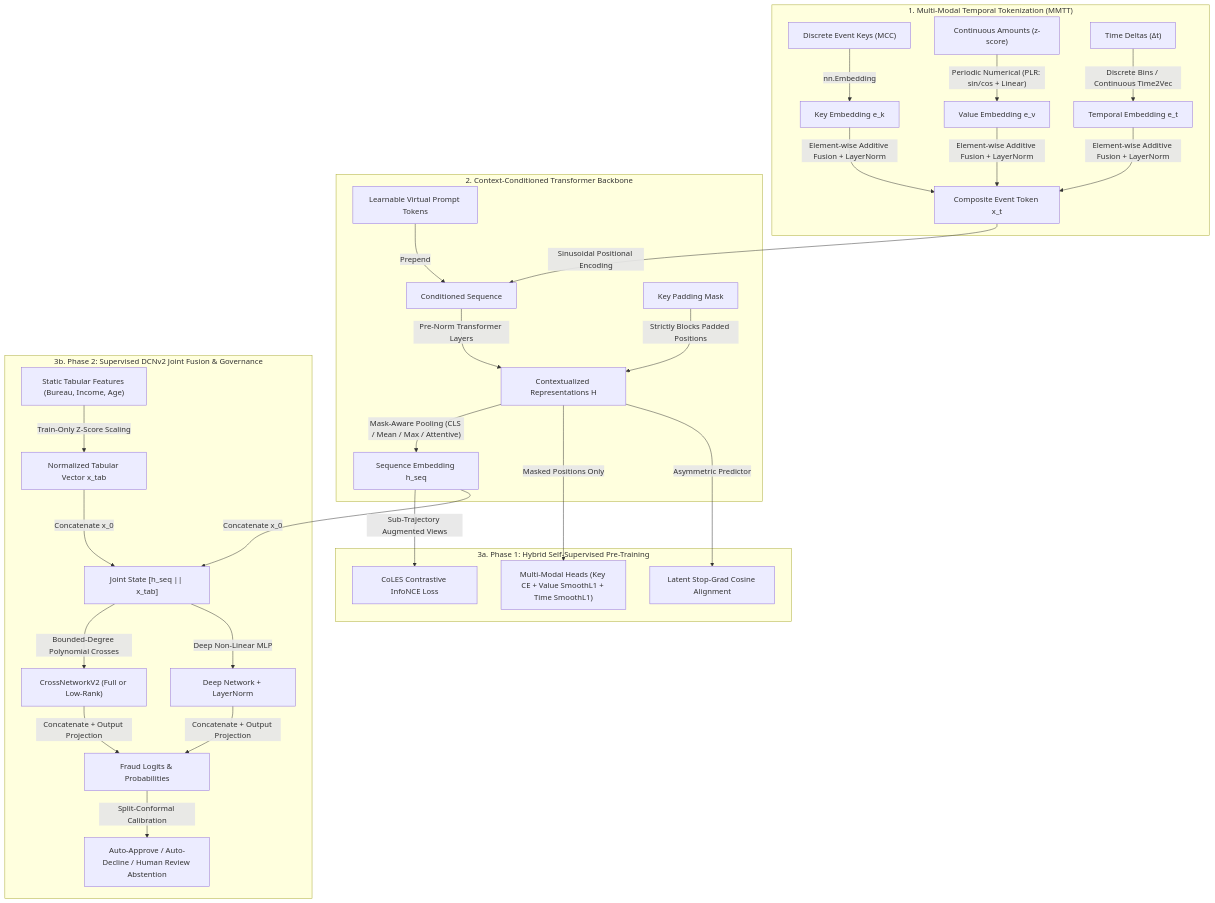
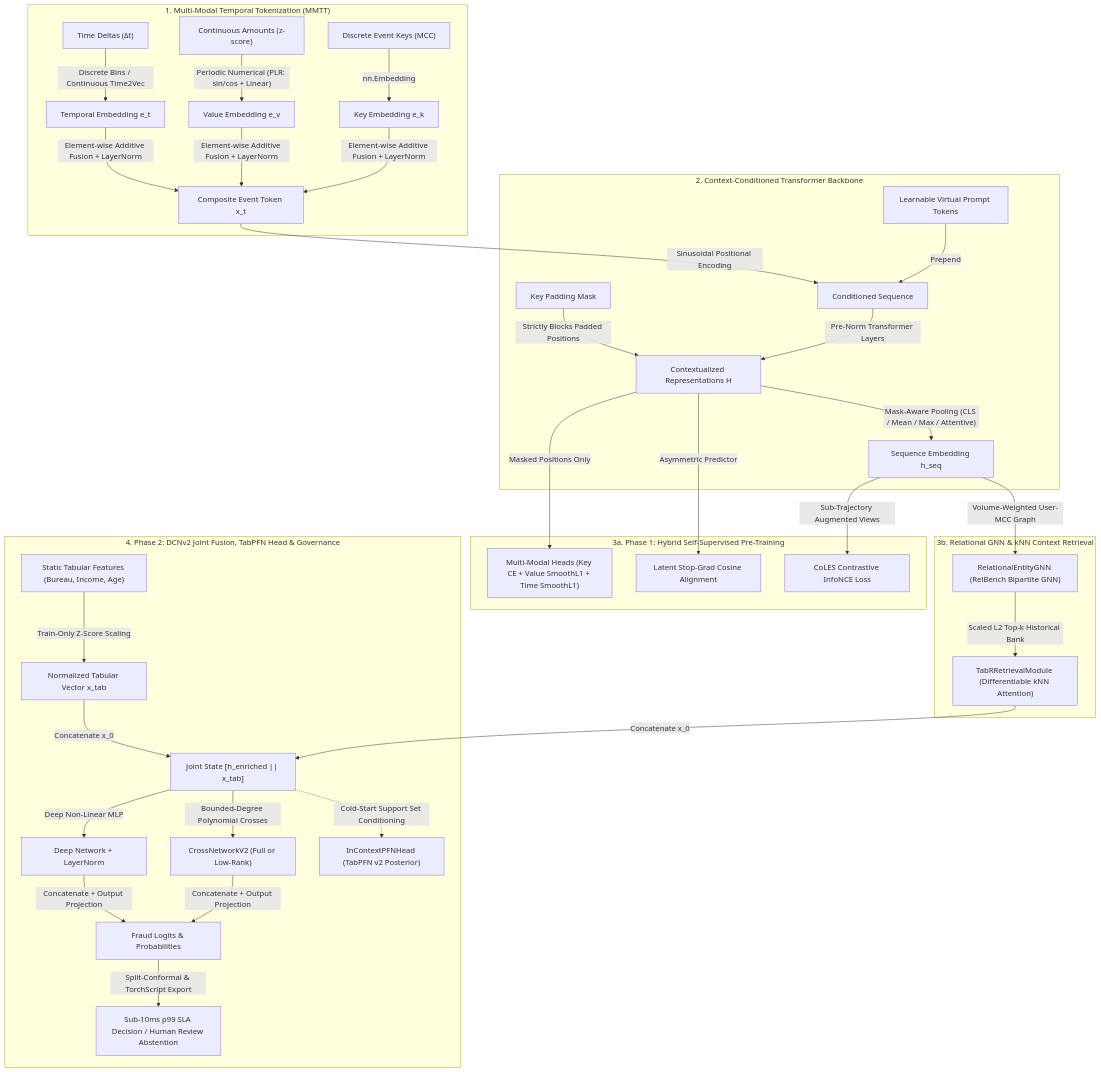
The diagram in README.md (vfcarida/Large-Data-Models-LDMs-), drawn with Mermaid before and after one commit. The commit also changed other lines of this file and 17 other files, not shown here.

First line of the commit message:
feat: implement TabR retrieval, RelBench bipartite GNN, TabPFN in-context head, and TorchScript/ONNX SLA serving (v0.3.0)

````diff
--- a/README.md
+++ b/README.md
@@ -29,32 +31,38 @@
 ```mermaid
 graph TD
     subgraph Modality1 ["1. Multi-Modal Temporal Tokenization (MMTT)"]
         A1["Discrete Event Keys (MCC)"] -->|"nn.Embedding"| B1["Key Embedding e_k"]
         A2["Continuous Amounts (z-score)"] -->|"Periodic Numerical (PLR: sin/cos + Linear)"| B2["Value Embedding e_v"]
         A3["Time Deltas (Δt)"] -->|"Discrete Bins / Continuous Time2Vec"| B3["Temporal Embedding e_t"]
         B1 & B2 & B3 -->|"Element-wise Additive Fusion + LayerNorm"| C["Composite Event Token x_t"]
     end
 
     subgraph Backbone ["2. Context-Conditioned Transformer Backbone"]
         V["Learnable Virtual Prompt Tokens"] -->|"Prepend"| D["Conditioned Sequence"]
         C -->|"Sinusoidal Positional Encoding"| D
         D -->|"Pre-Norm Transformer Layers"| E["Contextualized Representations H"]
         M["Key Padding Mask"] -->|"Strictly Blocks Padded Positions"| E
         E -->|"Mask-Aware Pooling (CLS / Mean / Max / Attentive)"| F["Sequence Embedding h_seq"]
     end
 
     subgraph SSL ["3a. Phase 1: Hybrid Self-Supervised Pre-Training"]
         E -->|"Masked Positions Only"| S1["Multi-Modal Heads (Key CE + Value SmoothL1 + Time SmoothL1)"]
         E -->|"Asymmetric Predictor"| S2["Latent Stop-Grad Cosine Alignment"]
         F -->|"Sub-Trajectory Augmented Views"| S3["CoLES Contrastive InfoNCE Loss"]
     end
 
-    subgraph Fusion ["3b. Phase 2: Supervised DCNv2 Joint Fusion & Governance"]
+    subgraph RelationalRetrieval ["3b. Relational GNN & kNN Context Retrieval"]
+        F -->|"Volume-Weighted User-MCC Graph"| GNN["RelationalEntityGNN (RelBench Bipartite GNN)"]
+        GNN -->|"Scaled L2 Top-k Historical Bank"| TABR["TabRRetrievalModule (Differentiable kNN Attention)"]
+    end
+
+    subgraph Fusion ["4. Phase 2: DCNv2 Joint Fusion, TabPFN Head & Governance"]
         T["Static Tabular Features (Bureau, Income, Age)"] -->|"Train-Only Z-Score Scaling"| G["Normalized Tabular Vector x_tab"]
-        F & G -->|"Concatenate x_0"| H["Joint State [h_seq || x_tab]"]
+        TABR & G -->|"Concatenate x_0"| H["Joint State [h_enriched || x_tab]"]
         H -->|"Bounded-Degree Polynomial Crosses"| I["CrossNetworkV2 (Full or Low-Rank)"]
         H -->|"Deep Non-Linear MLP"| J["Deep Network + LayerNorm"]
+        H -.->|"Cold-Start Support Set Conditioning"| PFN["InContextPFNHead (TabPFN v2 Posterior)"]
         I & J -->|"Concatenate + Output Projection"| K["Fraud Logits & Probabilities"]
-        K -->|"Split-Conformal Calibration"| L["Auto-Approve / Auto-Decline / Human Review Abstention"]
+        K -->|"Split-Conformal & TorchScript Export"| L["Sub-10ms p99 SLA Decision / Human Review Abstention"]
     end
 ```
````
